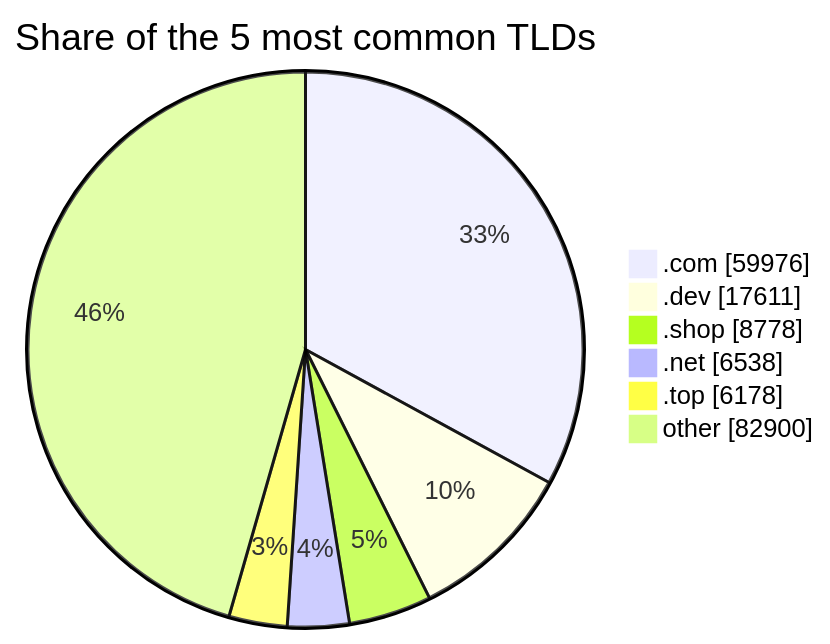
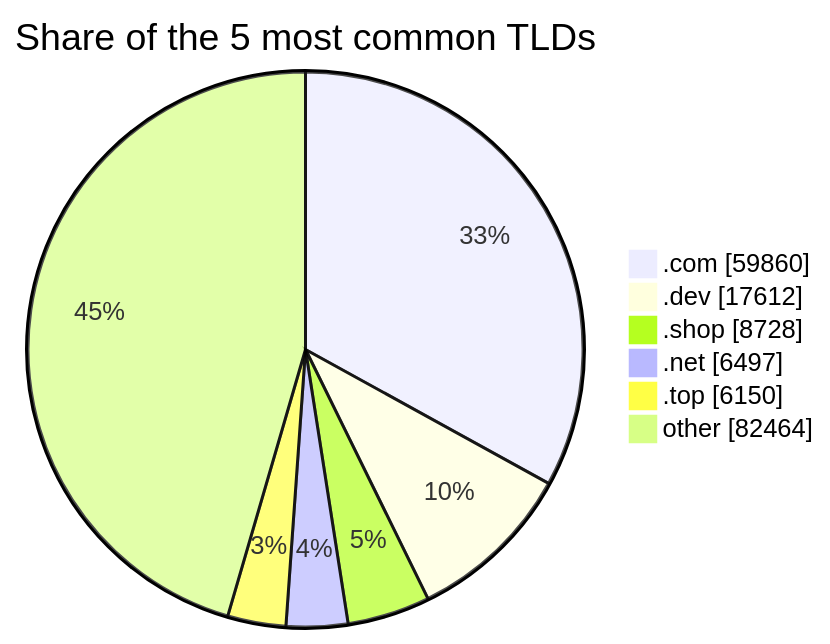
One commit to DNSBunker/CTI changed the third of 3 diagrams in README.md. Above: the diagram before and after it, drawn with Mermaid. The commit also changed other lines of this file and 3 other files, not shown here.

````diff
--- a/README.md
+++ b/README.md
@@ -81,9 +81,9 @@
 ```mermaid
 pie showData title Share of the 5 most common TLDs
-    ".com" : 59976
-    ".dev" : 17611
-    ".shop" : 8778
-    ".net" : 6538
-    ".top" : 6178
-    "other" : 82900
+    ".com" : 59860
+    ".dev" : 17612
+    ".shop" : 8728
+    ".net" : 6497
+    ".top" : 6150
+    "other" : 82464
 ```
````
